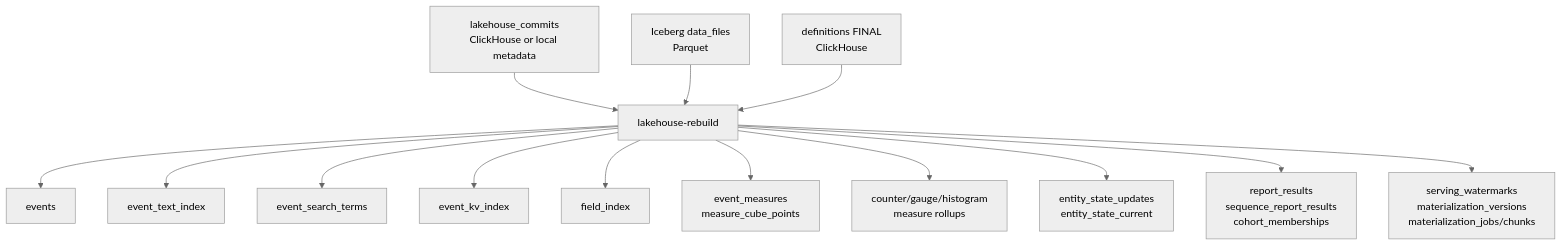
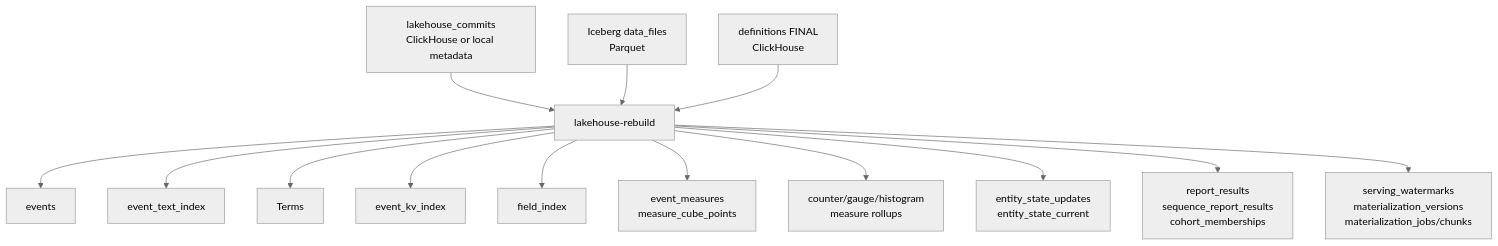
Before and after one commit to suhjohn/nanotrace: the third of 10 diagrams in docs/engineering-spec.md, drawn with Mermaid (neutral theme). The commit also changed other lines of this file and 9 other files, not shown here.

Commit message:
Remove event search terms index

````diff
--- a/docs/engineering-spec.md
+++ b/docs/engineering-spec.md
@@ -319,32 +319,31 @@
 ```mermaid
 flowchart TB
   CommitRecords["lakehouse_commits\nClickHouse or local metadata"]
   DataFiles["Iceberg data_files\nParquet"]
   Definitions["definitions FINAL\nClickHouse"]
   Materializer["lakehouse-rebuild"]
 
   Events["events"]
   Text["event_text_index"]
-  Terms["event_search_terms"]
   KV["event_kv_index"]
   Fields["field_index"]
   Measures["event_measures\nmeasure_cube_points"]
   Rollups["counter/gauge/histogram\nmeasure rollups"]
   State["entity_state_updates\nentity_state_current"]
   Reports["report_results\nsequence_report_results\ncohort_memberships"]
   Metadata["serving_watermarks\nmaterialization_versions\nmaterialization_jobs/chunks"]
 
   CommitRecords --> Materializer
   DataFiles --> Materializer
   Definitions --> Materializer
   Materializer --> Events
   Materializer --> Text
   Materializer --> Terms
   Materializer --> KV
   Materializer --> Fields
   Materializer --> Measures
   Materializer --> Rollups
   Materializer --> State
   Materializer --> Reports
   Materializer --> Metadata
 ```
````
